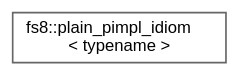
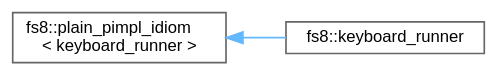
Before and after one commit to the-moisrex/foresight: the diagram in api/inherit_graph_110.dot, drawn with Graphviz. The commit also changed 232 other files, not shown here.

```diff
--- a/api/inherit_graph_110.dot
+++ b/api/inherit_graph_110.dot
@@ -1,9 +1,11 @@
 digraph "Graphical Class Hierarchy"
 {
  // LATEX_PDF_SIZE
   bgcolor="transparent";
   edge [fontname=Helvetica,fontsize=10,labelfontname=Helvetica,labelfontsize=10];
   node [fontname=Helvetica,fontsize=10,shape=box,height=0.2,width=0.4];
   rankdir="LR";
-  Node0 [id="Node000000",label="fs8::plain_pimpl_idiom\l\< typename \>",height=0.2,width=0.4,color="grey40", fillcolor="white", style="filled",URL="$structfs8_1_1plain__pimpl__idiom.html",tooltip=" "];
+  Node0 [id="Node000000",label="fs8::plain_pimpl_idiom\l\< keyboard_runner \>",height=0.2,width=0.4,color="grey40", fillcolor="white", style="filled",URL="$structfs8_1_1plain__pimpl__idiom.html",tooltip=" "];
+  Node0 -> Node1 [id="edge136_Node000000_Node000001",dir="back",color="steelblue1",style="solid",tooltip=" "];
+  Node1 [id="Node000001",label="fs8::keyboard_runner",height=0.2,width=0.4,color="grey40", fillcolor="white", style="filled",URL="$structfs8_1_1keyboard__runner.html",tooltip=" "];
 }
```
